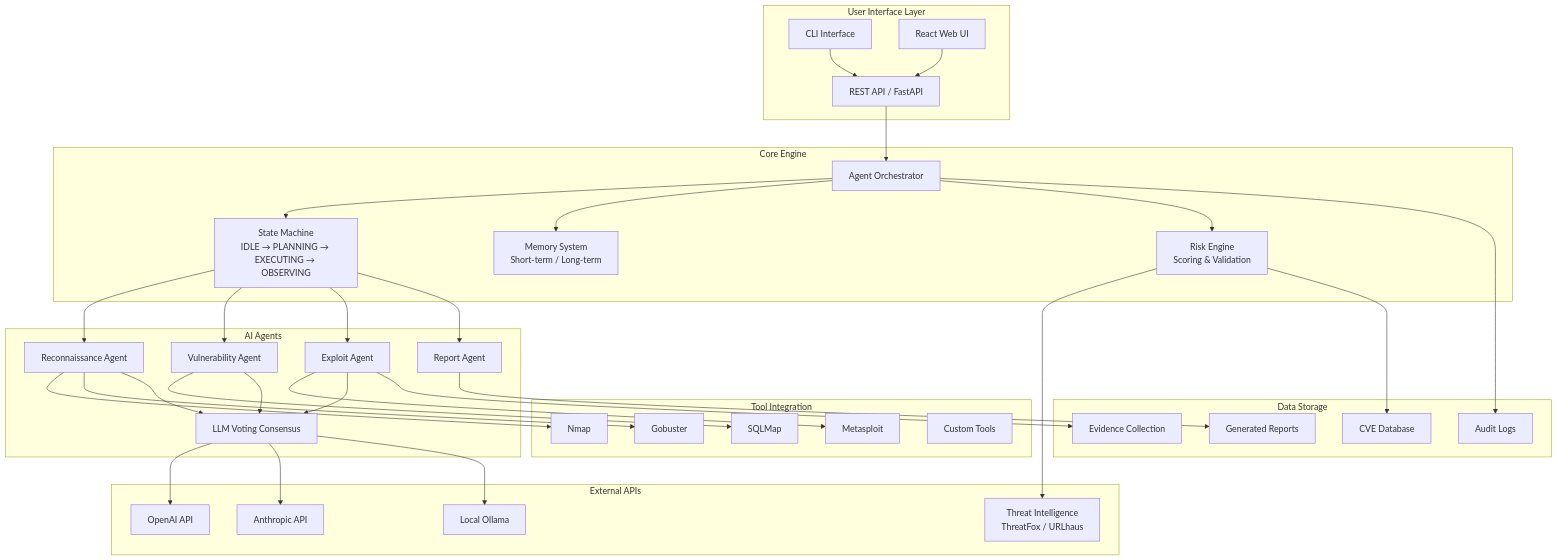
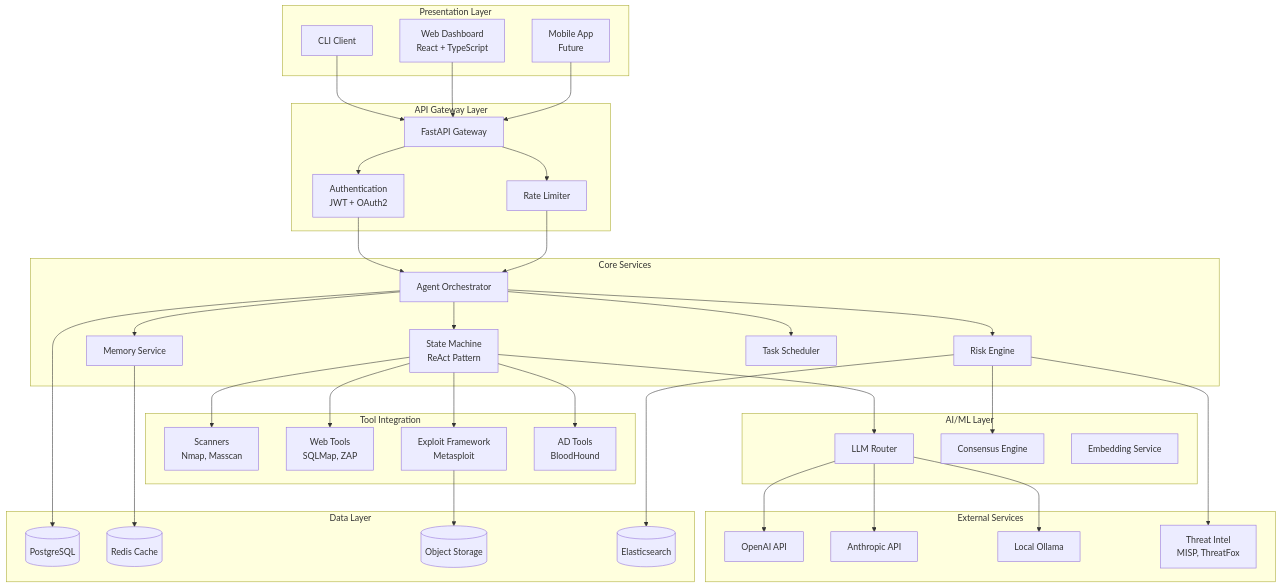
The first of 4 diagrams in docs/architecture.md (trekkermoja1/Zen-test), drawn with Mermaid before and after one commit. The commit also changed other lines of this file and 41 other files, not shown here.

````diff
--- a/docs/architecture.md
+++ b/docs/architecture.md
@@ -5,78 +36,83 @@
 ```mermaid
 graph TB
-    subgraph "User Interface Layer"
-        CLI[CLI Interface]
-        API[REST API / FastAPI]
-        WebUI[React Web UI]
+    subgraph "Presentation Layer"
+        CLI[CLI Client]
+        WEB[Web Dashboard<br/>React + TypeScript]
+        MOBILE[Mobile App<br/>Future]
     end
 
-    subgraph "Core Engine"
-        Orchestrator[Agent Orchestrator]
-        StateMachine[State Machine<br/>IDLE → PLANNING → EXECUTING → OBSERVING]
-        Memory[Memory System<br/>Short-term / Long-term]
-        RiskEngine[Risk Engine<br/>Scoring & Validation]
+    subgraph "API Gateway Layer"
+        GATEWAY[FastAPI Gateway]
+        AUTH[Authentication<br/>JWT + OAuth2]
+        RATE[Rate Limiter]
     end
 
-    subgraph "AI Agents"
-        ReconAgent[Reconnaissance Agent]
-        VulnAgent[Vulnerability Agent]
-        ExploitAgent[Exploit Agent]
-        ReportAgent[Report Agent]
-        Consensus[LLM Voting Consensus]
+    subgraph "Core Services"
+        ORCH[Agent Orchestrator]
+        STATE[State Machine<br/>ReAct Pattern]
+        MEMORY[Memory Service]
+        RISK[Risk Engine]
+        SCHED[Task Scheduler]
+    end
+
+    subgraph "AI/ML Layer"
+        LLM[LLM Router]
+        CONSENSUS[Consensus Engine]
+        EMBED[Embedding Service]
     end
 
     subgraph "Tool Integration"
-        Nmap[Nmap]
-        Gobuster[Gobuster]
-        SQLMap[SQLMap]
-        Metasploit[Metasploit]
-        CustomTools[Custom Tools]
+        SCAN[Scanners<br/>Nmap, Masscan]
+        WEB_TOOLS[Web Tools<br/>SQLMap, ZAP]
+        EXPLOIT[Exploit Framework<br/>Metasploit]
+        AD[AD Tools<br/>BloodHound]
     end
 
-    subgraph "Data Storage"
-        Evidence[Evidence Collection]
-        Logs[Audit Logs]
-        Reports[Generated Reports]
-        CVE_DB[CVE Database]
+    subgraph "Data Layer"
+        POSTGRES[(PostgreSQL)]
+        REDIS[(Redis Cache)]
+        MINIO[(Object Storage)]
+        ELASTIC[(Elasticsearch)]
     end
 
-    subgraph "External APIs"
-        OpenAI[OpenAI API]
-        Anthropic[Anthropic API]
-        Ollama[Local Ollama]
-        ThreatIntel[Threat Intelligence<br/>ThreatFox / URLhaus]
+    subgraph "External Services"
+        OPENAI[OpenAI API]
+        ANTHRO[Anthropic API]
+        OLLAMA[Local Ollama]
+        INTEL[Threat Intel<br/>MISP, ThreatFox]
     end
 
-    CLI --> API
-    WebUI --> API
-    API --> Orchestrator
+    CLI --> GATEWAY
+    WEB --> GATEWAY
+    MOBILE --> GATEWAY
     
-    Orchestrator --> StateMachine
-    Orchestrator --> Memory
-    Orchestrator --> RiskEngine
+    GATEWAY --> AUTH
+    GATEWAY --> RATE
     
-    StateMachine --> ReconAgent
-    StateMachine --> VulnAgent
-    StateMachine --> ExploitAgent
-    StateMachine --> ReportAgent
+    AUTH --> ORCH
+    RATE --> ORCH
     
-    ReconAgent --> Nmap
-    ReconAgent --> Gobuster
-    VulnAgent --> SQLMap
-    ExploitAgent --> Metasploit
+    ORCH --> STATE
+    ORCH --> MEMORY
+    ORCH --> RISK
+    ORCH --> SCHED
     
-    ReconAgent --> Consensus
-    VulnAgent --> Consensus
-    ExploitAgent --> Consensus
+    STATE --> LLM
+    RISK --> CONSENSUS
     
-    Consensus --> OpenAI
-    Consensus --> Anthropic
-    Consensus --> Ollama
+    LLM --> OPENAI
+    LLM --> ANTHRO
+    LLM --> OLLAMA
     
-    RiskEngine --> ThreatIntel
-    RiskEngine --> CVE_DB
+    STATE --> SCAN
+    STATE --> WEB_TOOLS
+    STATE --> EXPLOIT
+    STATE --> AD
     
-    ExploitAgent --> Evidence
-    ReportAgent --> Reports
-    Orchestrator --> Logs
+    ORCH --> POSTGRES
+    MEMORY --> REDIS
+    RISK --> ELASTIC
+    EXPLOIT --> MINIO
+    
+    RISK --> INTEL
 ```
````
